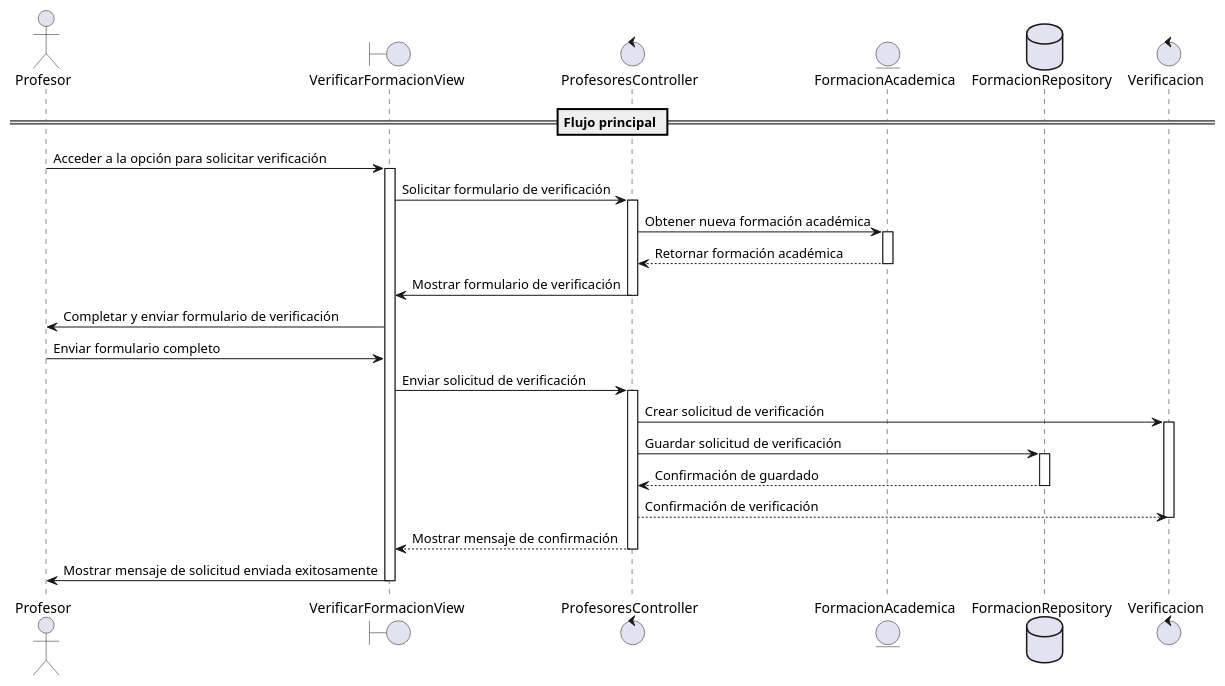
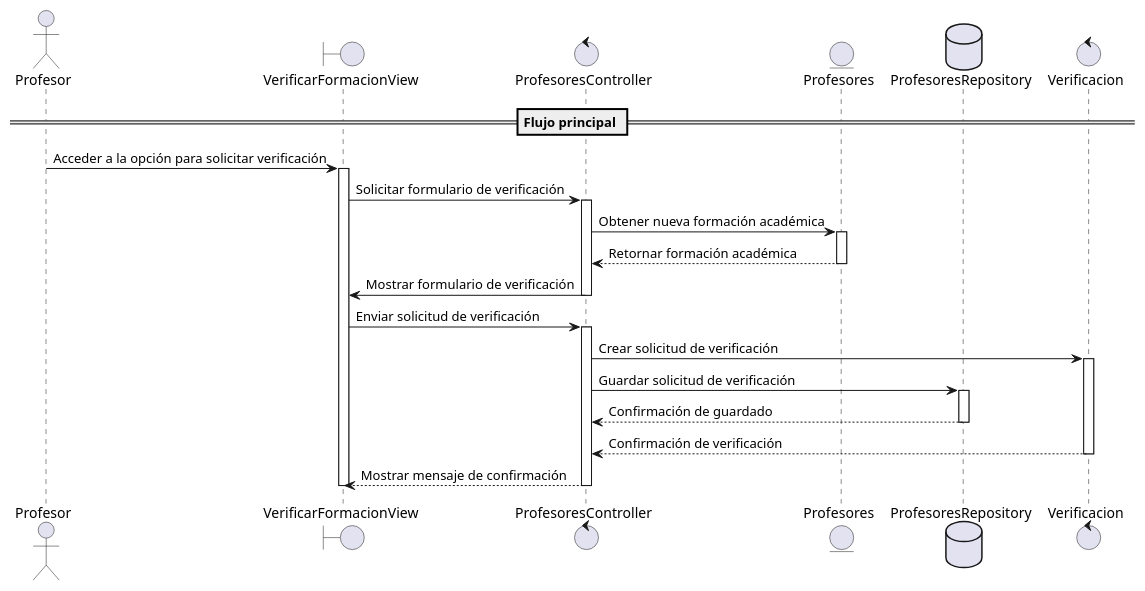
Before and after one commit to ZavSan95/EduMatch: the diagram in CASOS DE USO/PROFESOR/CU-0023/DSEC-0023.puml, drawn with PlantUML. The commit also changed 56 other files, not shown here.

Commit message:
Actualizacion diagramas de secuencia

```diff
--- a/CASOS DE USO/PROFESOR/CU-0023/DSEC-0023.puml
+++ b/CASOS DE USO/PROFESOR/CU-0023/DSEC-0023.puml
@@ -1,37 +1,34 @@
 @startuml
 actor Profesor
 boundary "VerificarFormacionView" as View
 control "ProfesoresController" as Controller
-entity "FormacionAcademica" as Formacion
-database "FormacionRepository" as Repository
+entity "Profesores" as Formacion
+database "ProfesoresRepository" as Repository
 control "Verificacion" as Verificacion
 
 == Flujo principal ==
 Profesor -> View : Acceder a la opción para solicitar verificación
 activate View
 View -> Controller : Solicitar formulario de verificación
 activate Controller
 Controller -> Formacion : Obtener nueva formación académica
 activate Formacion
 Formacion --> Controller : Retornar formación académica
 deactivate Formacion
 Controller -> View : Mostrar formulario de verificación
 deactivate Controller
-View -> Profesor : Completar y enviar formulario de verificación
-Profesor -> View : Enviar formulario completo
 View -> Controller : Enviar solicitud de verificación
 activate Controller
 Controller -> Verificacion : Crear solicitud de verificación
 activate Verificacion
 Controller -> Repository : Guardar solicitud de verificación
 activate Repository
 Repository --> Controller : Confirmación de guardado
 deactivate Repository
-Controller --> Verificacion : Confirmación de verificación
+Verificacion --> Controller : Confirmación de verificación
 deactivate Verificacion
 Controller --> View : Mostrar mensaje de confirmación
 deactivate Controller
-View -> Profesor : Mostrar mensaje de solicitud enviada exitosamente
 deactivate View
 
 @enduml
```
